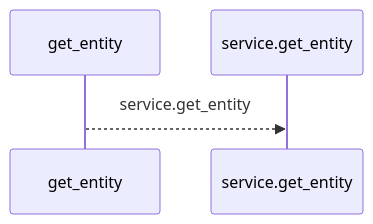
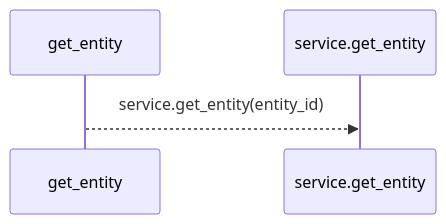
Before and after one commit to Denissvgn/python-wiki-llm: the first of 2 diagrams in docs/llm_wiki/flows/mcp-get_entity.md, drawn with Mermaid. The commit also changed other lines of this file and 1410 other files, not shown here.

````diff
--- a/docs/llm_wiki/flows/mcp-get_entity.md
+++ b/docs/llm_wiki/flows/mcp-get_entity.md
@@ -10,6 +12,6 @@
 ```mermaid
 sequenceDiagram
     participant p0 as get_entity
     participant p1 as service.get_entity
-    p0-->>p1: service.get_entity
+    p0-->>p1: service.get_entity(entity_id)
 ```
````
